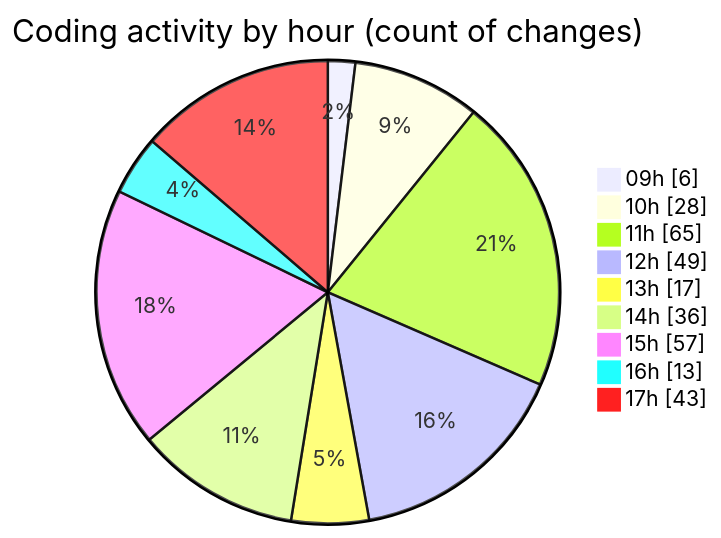
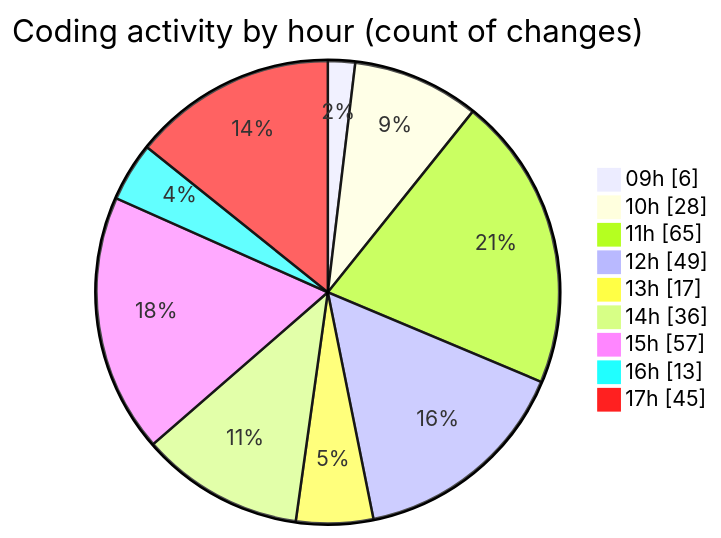
The second of 2 diagrams in 2025-03-27/cda/README.md (momahboobian/code-tracking), drawn with Mermaid before and after one commit. The commit also changed other lines of this file and 1 other file, not shown here.

````diff
--- a/2025-03-27/cda/README.md
+++ b/2025-03-27/cda/README.md
@@ -39,13 +39,13 @@
 ```mermaid
 pie showData
 title Coding activity by hour (count of changes)
 "09h" : 6
 "10h" : 28
 "11h" : 65
 "12h" : 49
 "13h" : 17
 "14h" : 36
 "15h" : 57
 "16h" : 13
-"17h" : 43
+"17h" : 45
 ```
````
